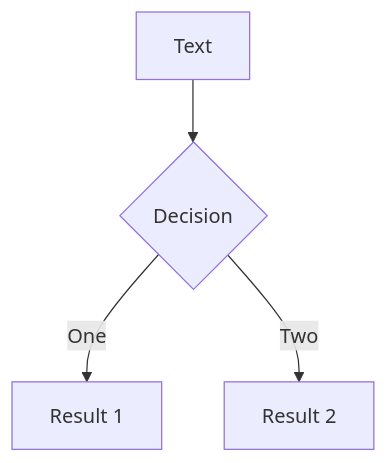
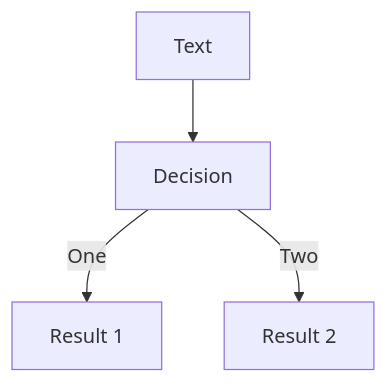
The second of 4 diagrams in slides.md (Ptrskay3/async-await), drawn with Mermaid before and after one commit. The commit also changed other lines of this file and 1 other file, not shown here.

````diff
--- a/slides.md
+++ b/slides.md
@@ -366,6 +418,6 @@
 ```mermaid {theme: 'neutral', scale: 0.8}
 graph TD
-B[Text] --> C{Decision}
+B[Text] --> C[Decision]
 C -->|One| D[Result 1]
 C -->|Two| E[Result 2]
 ```
````
